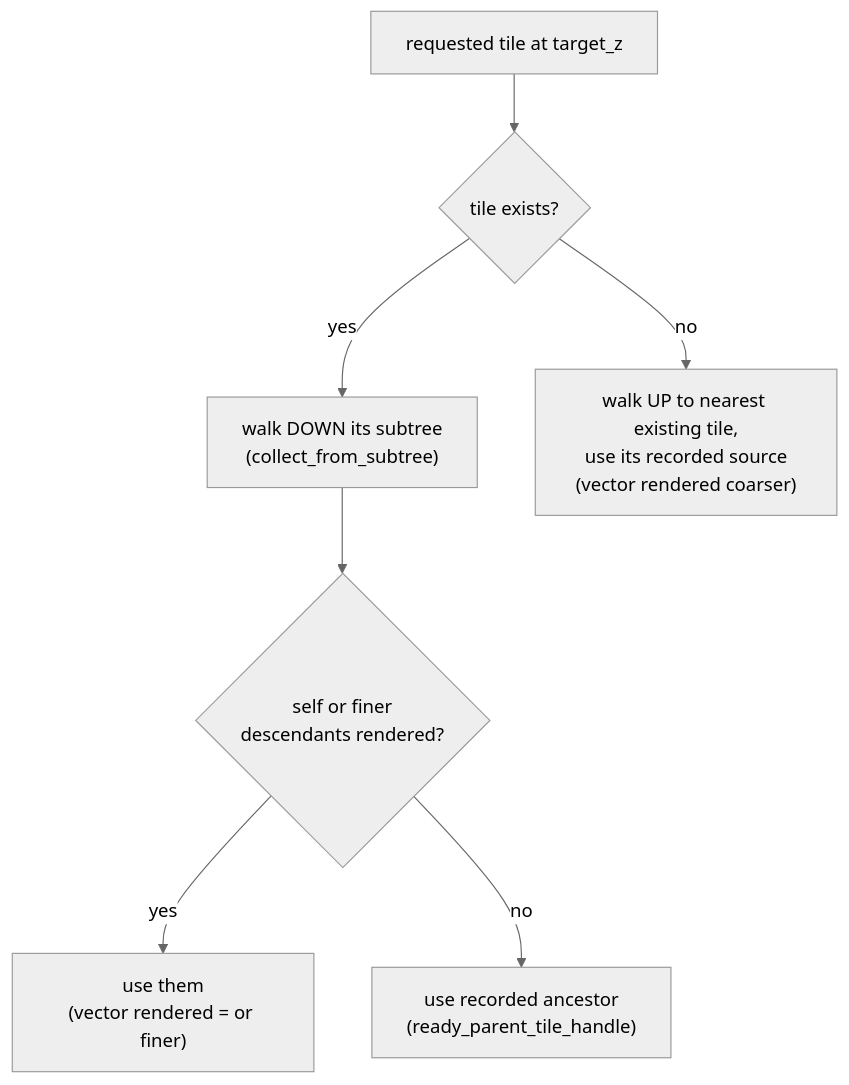
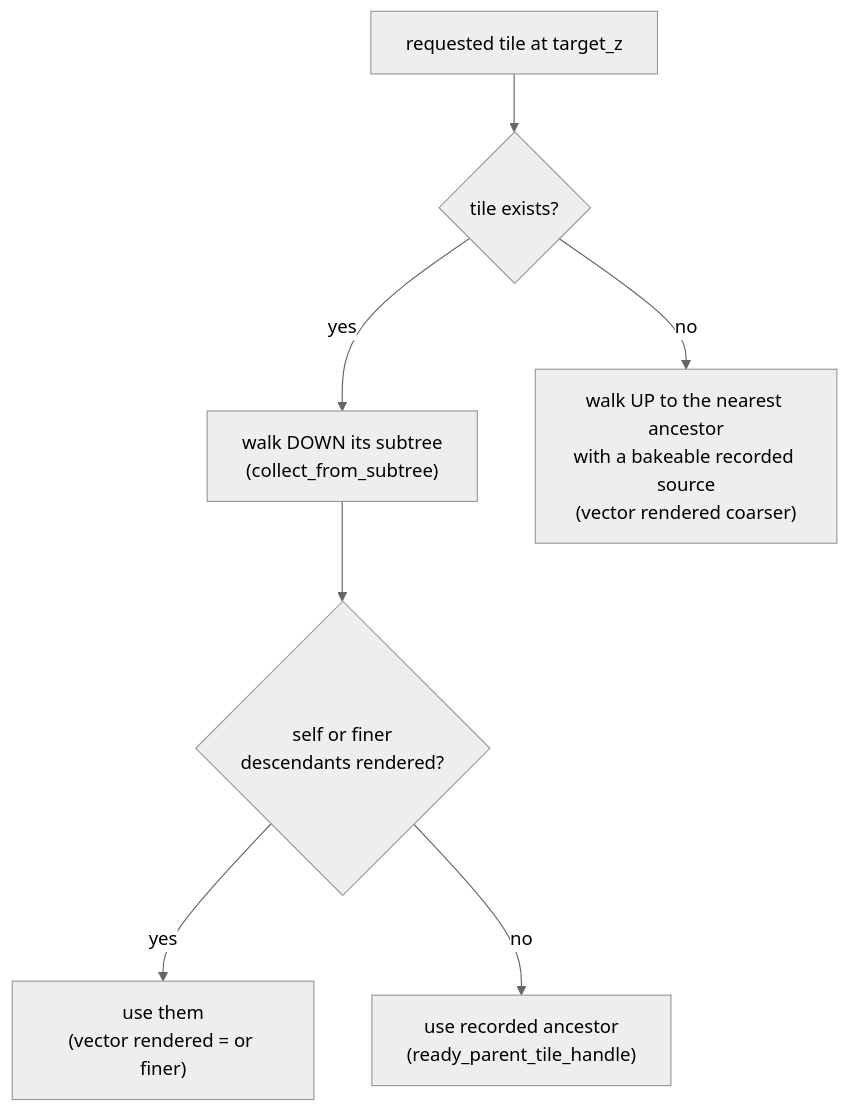
The second of 2 diagrams in guide/VECTOR_TILE_DRAPING.md (reearth/navara), drawn with Mermaid (neutral theme) before and after one commit. The commit also changed other lines of this file and 2 other files, not shown here.

Commit message:
fix: blank vector tile

````diff
--- a/guide/VECTOR_TILE_DRAPING.md
+++ b/guide/VECTOR_TILE_DRAPING.md
@@ -128,9 +128,9 @@
 ```mermaid
 flowchart TD
   A["requested tile at target_z"] --> B{"tile exists?"}
   B -->|"yes"| C["walk DOWN its subtree<br/>(collect_from_subtree)"]
   C --> D{"self or finer<br/>descendants rendered?"}
   D -->|"yes"| E["use them<br/>(vector rendered = or finer)"]
   D -->|"no"| F["use recorded ancestor<br/>(ready_parent_tile_handle)"]
-  B -->|"no"| G["walk UP to nearest existing tile,<br/>use its recorded source<br/>(vector rendered coarser)"]
+  B -->|"no"| G["walk UP to the nearest ancestor<br/>with a bakeable recorded source<br/>(vector rendered coarser)"]
 ```
````
